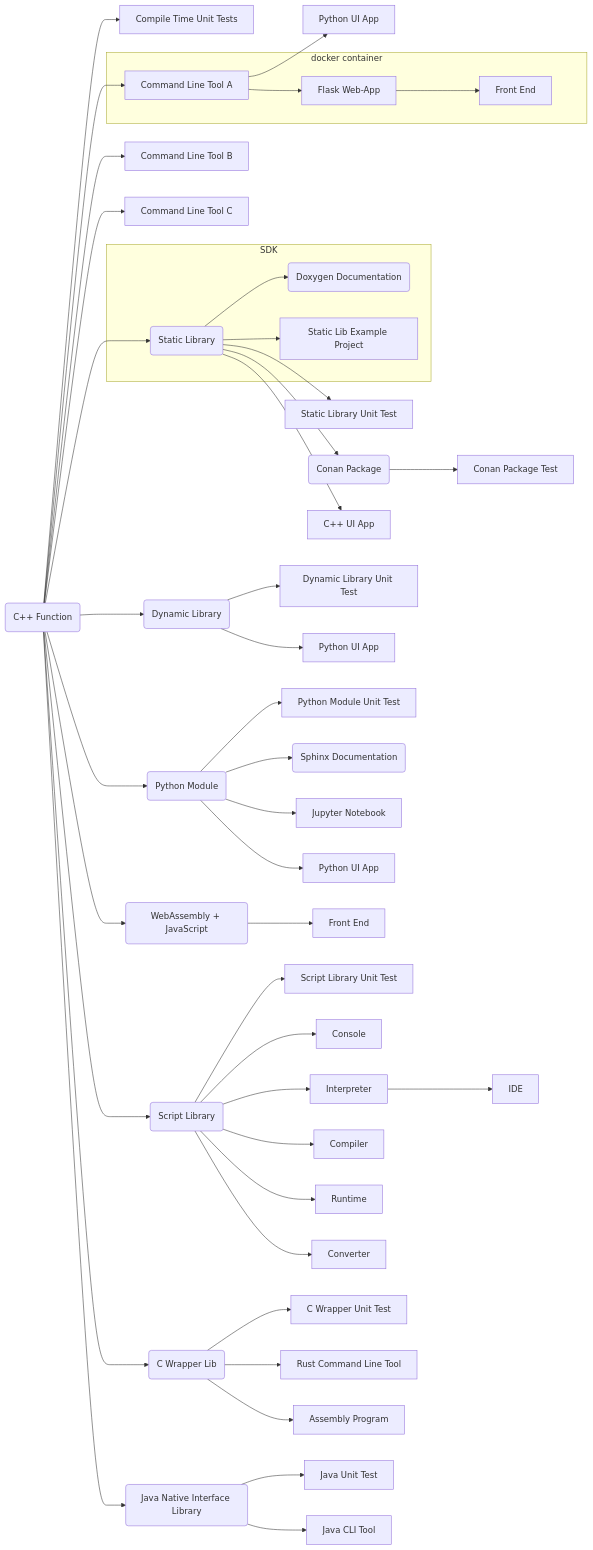
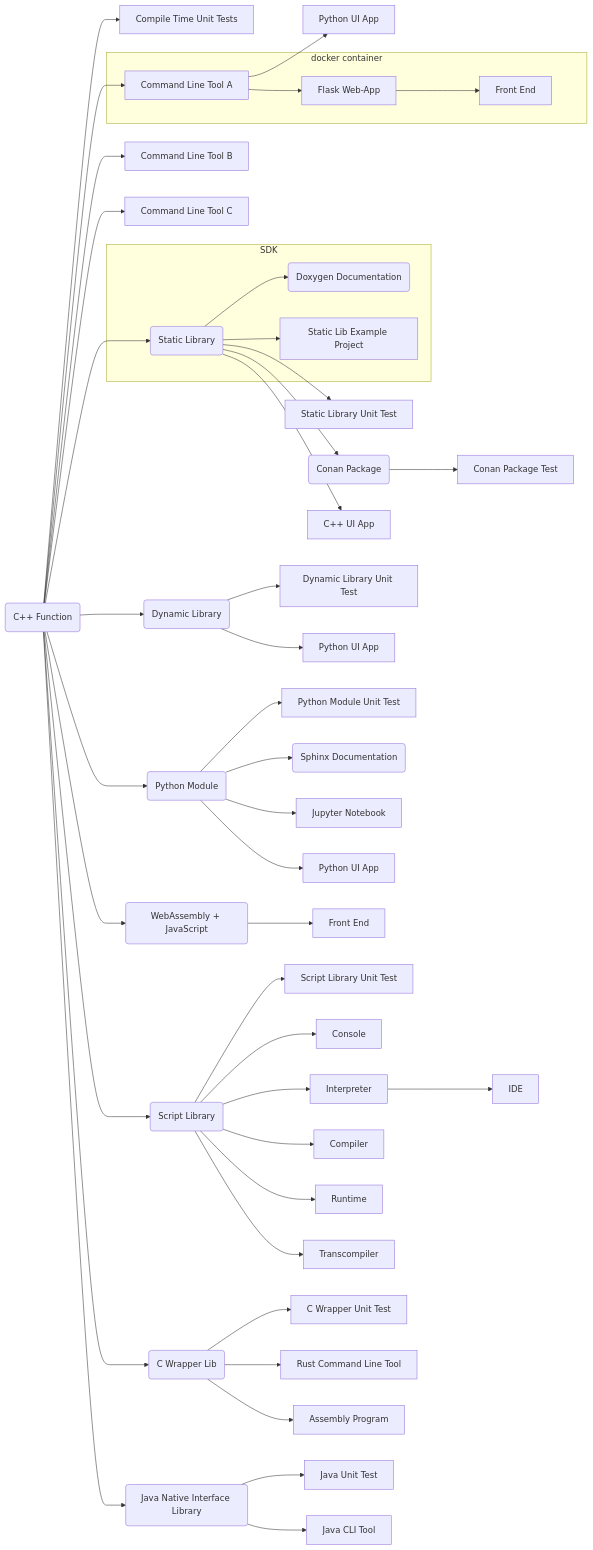
Before and after one commit to SebastianBach/full-stack: the diagram in README.md, drawn with Mermaid. The commit also changed other lines of this file, not shown here.

````diff
--- a/README.md
+++ b/README.md
@@ -54,64 +54,64 @@
 ```mermaid
   flowchart LR;
 
     F(C++ Function) --> CUT[Compile Time Unit Tests];
 
     F --> CLI1[Command Line Tool A]
     F --> CLI2[Command Line Tool B]
     F --> CLI3[Command Line Tool C]
 
     CLI1 --> PYAPP2[Python UI App]
 
     F --> LIB(Static Library)
     
     subgraph SDK
     LIB --> DOXYGEN(Doxygen Documentation)
     LIB --> LIBEX[Static Lib Example Project]
     end
 
     LIB --> LIBTEST[Static Library Unit Test]
     LIB --> C(Conan Package)
 
     LIB --> QTCPP[C++ UI App]
 
     F --> DLL(Dynamic Library)
     DLL --> DLLTEST[Dynamic Library Unit Test]
     DLL --> QTPYDLL[Python UI App]
 
     C --> CT[Conan Package Test]
 
     F --> PY(Python Module)
 
     subgraph docker container
     CLI1 --> SERVER[Flask Web-App]
     SERVER --> FRONT[Front End]
     end
 
     PY --> PYTEST[Python Module Unit Test]
     PY --> SPHINX(Sphinx Documentation)
     PY --> NOTEBOOK[Jupyter Notebook] 
     PY --> PYAPP[Python UI App]
 
     F --> WASM(WebAssembly + JavaScript)
 
     WASM --> WASMF[Front End]
 
     F --> SCRIPTLIB(Script Library)
 
     SCRIPTLIB --> SCRIPT_TEST[Script Library Unit Test]
     SCRIPTLIB --> SCRIPT_CONSOLE[Console]
     SCRIPTLIB --> SCRIPT_INTERPRETER[Interpreter]
     SCRIPT_INTERPRETER --> SCRIPT_IDE[IDE]
     SCRIPTLIB --> SCRIPT_COMPILER[Compiler]
     SCRIPTLIB --> SCRIPT_RUNTIME[Runtime]
-    SCRIPTLIB --> SCRIPT_CONVERT[Converter]
+    SCRIPTLIB --> SCRIPT_CONVERT[Transcompiler]
 
     F --> CWRAPPER(C Wrapper Lib)
     CWRAPPER --> CWRAPPER_TEST[C Wrapper Unit Test]
     CWRAPPER --> RUST_APP[Rust Command Line Tool]  
     CWRAPPER --> ASM[Assembly Program] 
 
     F --> JAVA_LIB(Java Native Interface Library)
     JAVA_LIB --> JAVA_UNIT_TEST[Java Unit Test]  
     JAVA_LIB --> JAVA_APP[Java CLI Tool] 
 ```
````
